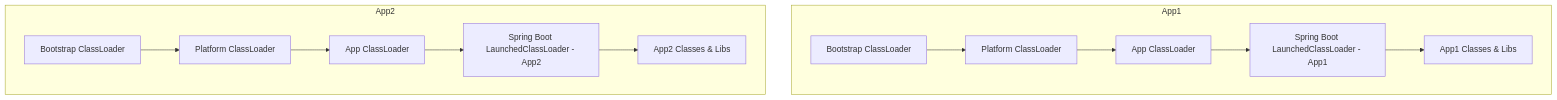
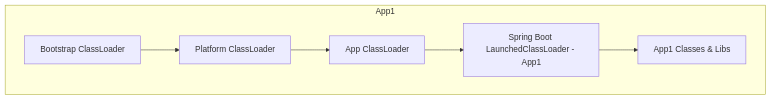
One commit to progvocab/products-service changed the first of 2 diagrams in backend/java/classloader/README.md. Above: the diagram before and after it, drawn with Mermaid. The commit also changed other lines of this file, not shown here.

````diff
--- a/backend/java/classloader/README.md
+++ b/backend/java/classloader/README.md
@@ -50,16 +48,9 @@
 ```mermaid
 graph TD
     subgraph App1
         A1[Bootstrap ClassLoader] --> B1[Platform ClassLoader]
         B1 --> C1[App ClassLoader]
         C1 --> D1[Spring Boot LaunchedClassLoader - App1]
         D1 --> E1[App1 Classes & Libs]
     end
-
-    subgraph App2
-        A2[Bootstrap ClassLoader] --> B2[Platform ClassLoader]
-        B2 --> C2[App ClassLoader]
-        C2 --> D2[Spring Boot LaunchedClassLoader - App2]
-        D2 --> E2[App2 Classes & Libs]
-    end
 ```
````
